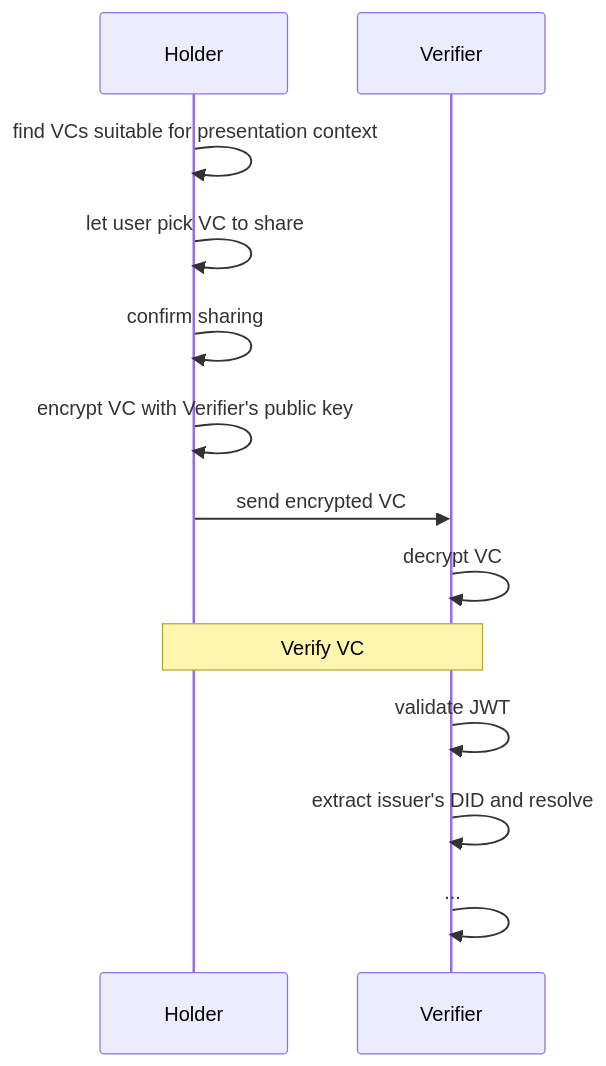
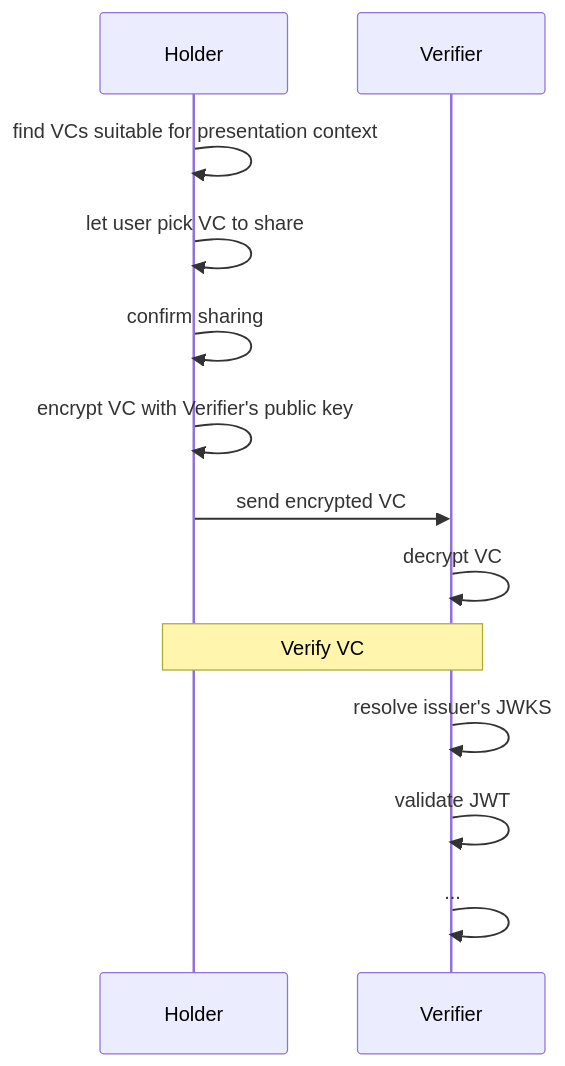
The fourth of 4 diagrams in docs/index.md (smart-on-fhir/health-cards), drawn with Mermaid before and after one commit. The commit also changed other lines of this file, not shown here.

````diff
--- a/docs/index.md
+++ b/docs/index.md
@@ -598,17 +500,17 @@
 ```mermaid
 sequenceDiagram
 participant Holder
 participant Verifier
 
 Holder ->> Holder: find VCs suitable for presentation context
 Holder ->> Holder: let user pick VC to share
 Holder ->> Holder: confirm sharing
 Holder ->> Holder: encrypt VC with Verifier's public key
 Holder ->> Verifier: send encrypted VC
 Verifier ->> Verifier: decrypt VC
 
 note over Holder, Verifier: Verify VC
+Verifier ->> Verifier: resolve issuer's JWKS
 Verifier ->> Verifier: validate JWT
-Verifier ->> Verifier: extract issuer's DID and resolve
 Verifier ->> Verifier: ...
 ```
````
